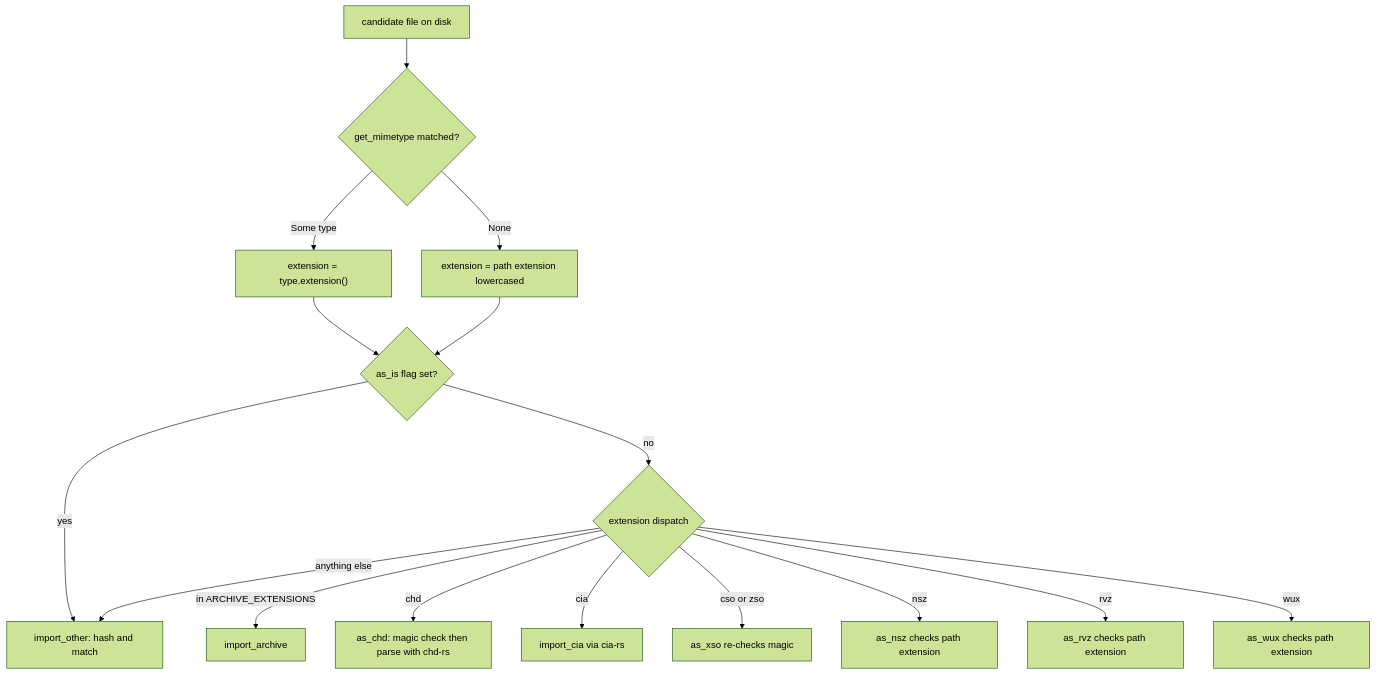
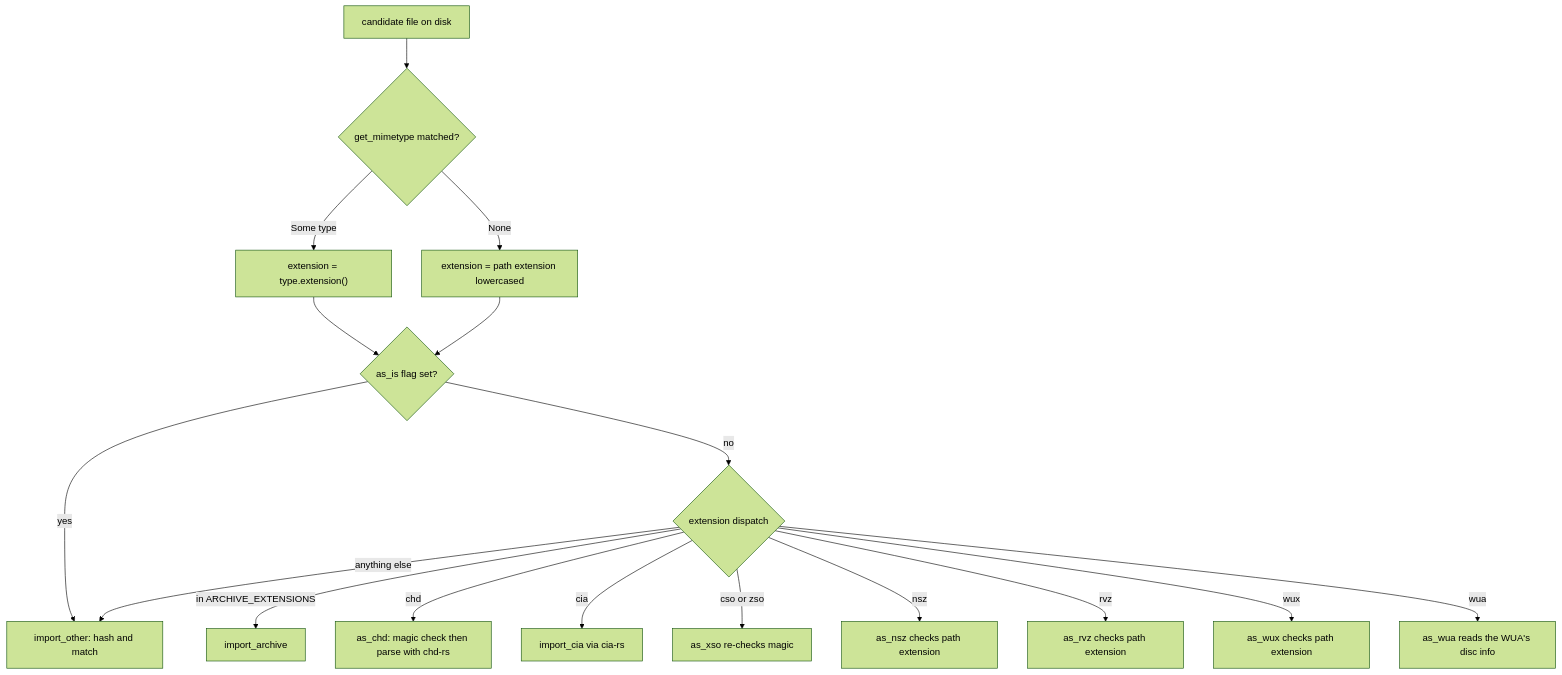
Before and after one commit to alucryd/oxyromon: the diagram in openwiki/concepts/file-type-detection-and-extensions.md, drawn with Mermaid (forest theme). The commit also changed other lines of this file and 55 other files, not shown here.

````diff
--- a/openwiki/concepts/file-type-detection-and-extensions.md
+++ b/openwiki/concepts/file-type-detection-and-extensions.md
@@ -185,18 +186,19 @@
 ```mermaid
 flowchart TD
     F["candidate file on disk"] --> Q{"get_mimetype matched?"}
     Q -- "Some type" --> E1["extension = type.extension()"]
     Q -- "None" --> E2["extension = path extension lowercased"]
     E1 --> AS{"as_is flag set?"}
     E2 --> AS
     AS -- "yes" --> O["import_other: hash and match"]
     AS -- "no" --> D{"extension dispatch"}
     D -- "in ARCHIVE_EXTENSIONS" --> A["import_archive"]
     D -- "chd" --> C["as_chd: magic check then parse with chd-rs"]
     D -- "cia" --> CIA["import_cia via cia-rs"]
     D -- "cso or zso" --> X["as_xso re-checks magic"]
     D -- "nsz" --> N["as_nsz checks path extension"]
     D -- "rvz" --> R["as_rvz checks path extension"]
     D -- "wux" --> W["as_wux checks path extension"]
+    D -- "wua" --> WA["as_wua reads the WUA's disc info"]
     D -- "anything else" --> O
 ```
````
